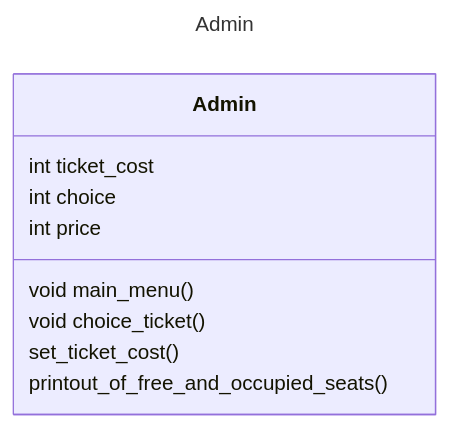
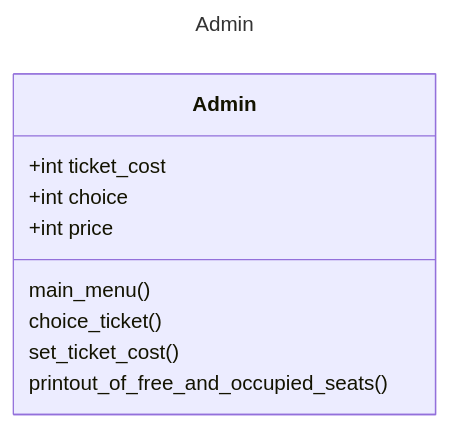
One commit to alanarzumanjan/Parking changed the diagram in admin.md. Above: the diagram before and after it, drawn with Mermaid.

Commit message:
admin.md

````diff
--- a/admin.md
+++ b/admin.md
@@ -1,16 +1,16 @@
 ```mermaid
 ---
 title: Admin
 ---
 classDiagram
     class Admin
 
-        Admin: int ticket_cost
-        Admin: int choice
-        Admin: int price
-        Admin: void main_menu()
-        Admin: void choice_ticket()
+        Admin: +int ticket_cost
+        Admin: +int choice
+        Admin: +int price
+        Admin: main_menu()
+        Admin: choice_ticket()
         Admin: set_ticket_cost()
         Admin: printout_of_free_and_occupied_seats()
 
 ```
````
